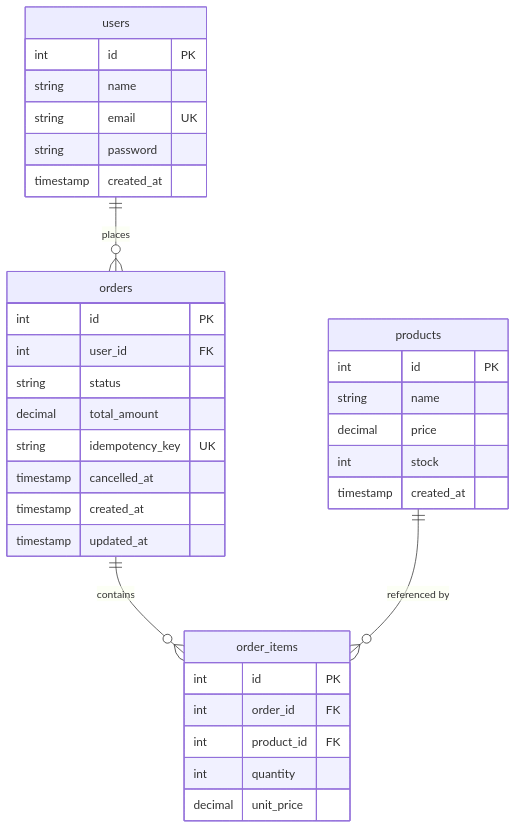
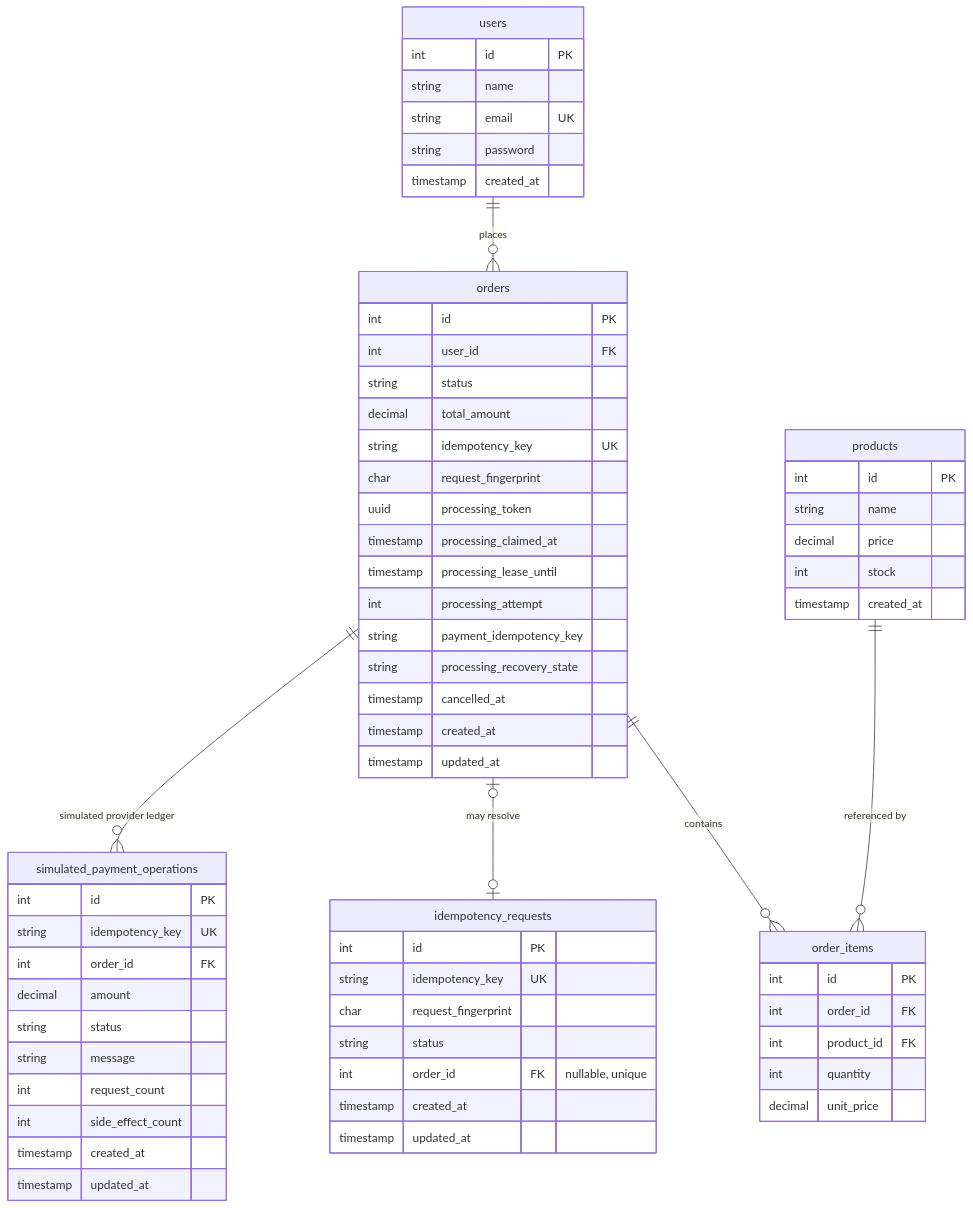
One commit to AbdouShalby/Distributed-Order-Processing-System changed the ninth of 12 diagrams in docs/architecture.md. Above: the diagram before and after it, drawn with Mermaid. The commit also changed other lines of this file and 8 other files, not shown here.

````diff
--- a/docs/architecture.md
+++ b/docs/architecture.md
@@ -235,41 +344,73 @@
 ```mermaid
 erDiagram
     users {
         int id PK
         string name
         string email UK
         string password
         timestamp created_at
     }
 
     orders {
         int id PK
         int user_id FK
         string status
         decimal total_amount
         string idempotency_key UK
+        char request_fingerprint
+        uuid processing_token
+        timestamp processing_claimed_at
+        timestamp processing_lease_until
+        int processing_attempt
+        string payment_idempotency_key
+        string processing_recovery_state
         timestamp cancelled_at
         timestamp created_at
         timestamp updated_at
     }
 
     order_items {
         int id PK
         int order_id FK
         int product_id FK
         int quantity
         decimal unit_price
     }
 
     products {
         int id PK
         string name
         decimal price
         int stock
         timestamp created_at
     }
 
+    idempotency_requests {
+        int id PK
+        string idempotency_key UK
+        char request_fingerprint
+        string status
+        int order_id FK "nullable, unique"
+        timestamp created_at
+        timestamp updated_at
+    }
+
+    simulated_payment_operations {
+        int id PK
+        string idempotency_key UK
+        int order_id FK
+        decimal amount
+        string status
+        string message
+        int request_count
+        int side_effect_count
+        timestamp created_at
+        timestamp updated_at
+    }
+
     users ||--o{ orders : "places"
     orders ||--o{ order_items : "contains"
     products ||--o{ order_items : "referenced by"
+    orders o|--o| idempotency_requests : "may resolve"
+    orders ||--o{ simulated_payment_operations : "simulated provider ledger"
 ```
````
